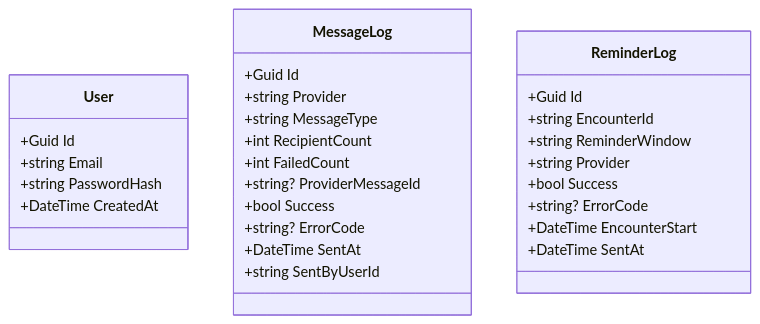
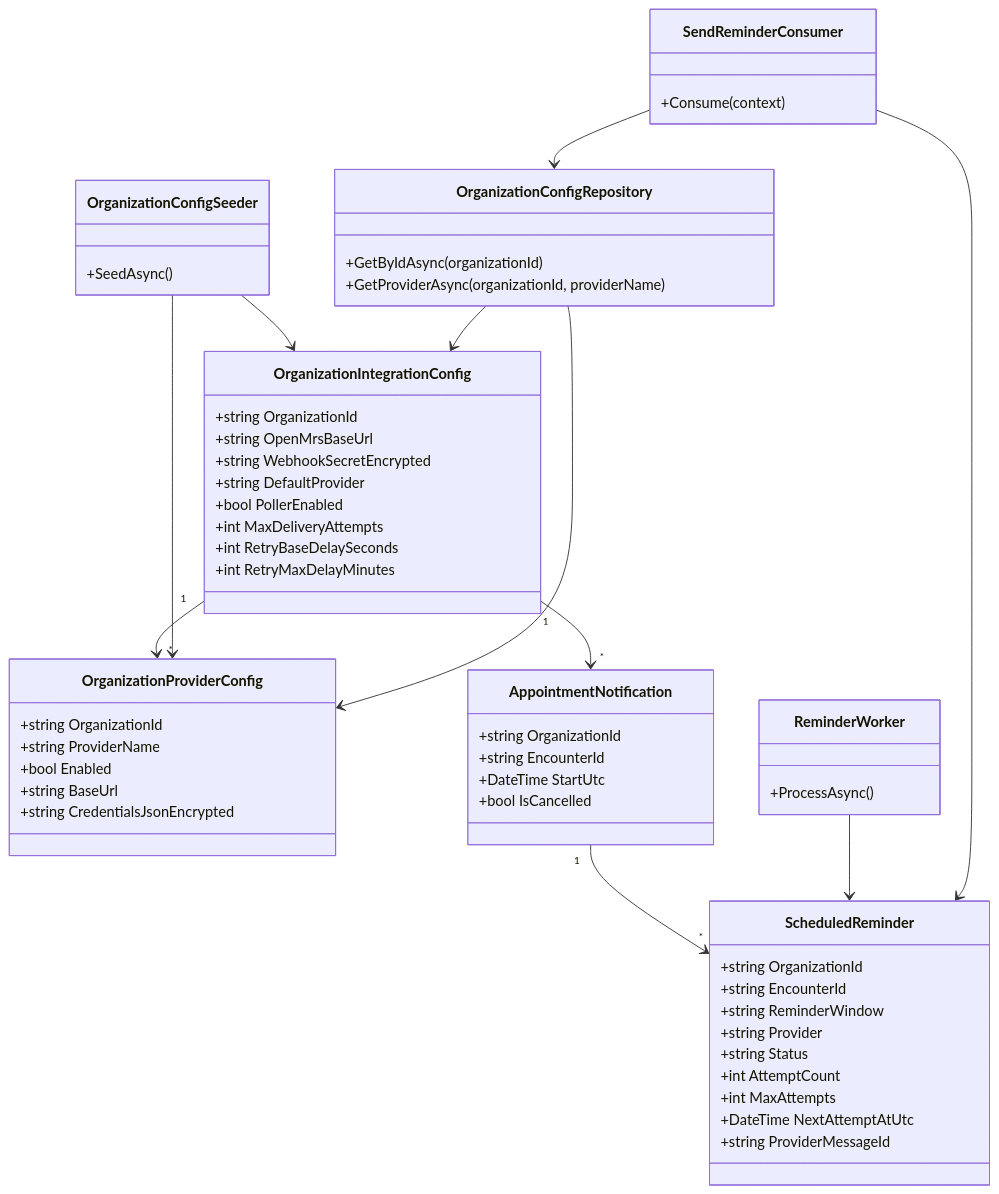
The diagram in docs/c4/05-class-diagram.md (Rishyansyal/OpenMRSmoduleBackend), drawn with Mermaid before and after one commit. The commit also changed other lines of this file and 160 other files, not shown here.

````diff
--- a/docs/c4/05-class-diagram.md
+++ b/docs/c4/05-class-diagram.md
@@ -5,33 +5,68 @@
 ```mermaid
 classDiagram
-    class User {
-        +Guid Id
-        +string Email
-        +string PasswordHash
-        +DateTime CreatedAt
+    class OrganizationIntegrationConfig {
+        +string OrganizationId
+        +string OpenMrsBaseUrl
+        +string WebhookSecretEncrypted
+        +string DefaultProvider
+        +bool PollerEnabled
+        +int MaxDeliveryAttempts
+        +int RetryBaseDelaySeconds
+        +int RetryMaxDelayMinutes
     }
 
-    class MessageLog {
-        +Guid Id
-        +string Provider
-        +string MessageType
-        +int RecipientCount
-        +int FailedCount
-        +string? ProviderMessageId
-        +bool Success
-        +string? ErrorCode
-        +DateTime SentAt
-        +string SentByUserId
+    class OrganizationProviderConfig {
+        +string OrganizationId
+        +string ProviderName
+        +bool Enabled
+        +string BaseUrl
+        +string CredentialsJsonEncrypted
     }
 
-    class ReminderLog {
-        +Guid Id
+    class AppointmentNotification {
+        +string OrganizationId
+        +string EncounterId
+        +DateTime StartUtc
+        +bool IsCancelled
+    }
+
+    class ScheduledReminder {
+        +string OrganizationId
         +string EncounterId
         +string ReminderWindow
         +string Provider
-        +bool Success
-        +string? ErrorCode
-        +DateTime EncounterStart
-        +DateTime SentAt
+        +string Status
+        +int AttemptCount
+        +int MaxAttempts
+        +DateTime NextAttemptAtUtc
+        +string ProviderMessageId
     }
+
+    class OrganizationConfigSeeder {
+        +SeedAsync()
+    }
+
+    class OrganizationConfigRepository {
+        +GetByIdAsync(organizationId)
+        +GetProviderAsync(organizationId, providerName)
+    }
+
+    class ReminderWorker {
+        +ProcessAsync()
+    }
+
+    class SendReminderConsumer {
+        +Consume(context)
+    }
+
+    OrganizationIntegrationConfig "1" --> "*" OrganizationProviderConfig
+    OrganizationIntegrationConfig "1" --> "*" AppointmentNotification
+    AppointmentNotification "1" --> "*" ScheduledReminder
+    OrganizationConfigSeeder --> OrganizationIntegrationConfig
+    OrganizationConfigSeeder --> OrganizationProviderConfig
+    OrganizationConfigRepository --> OrganizationIntegrationConfig
+    OrganizationConfigRepository --> OrganizationProviderConfig
+    ReminderWorker --> ScheduledReminder
+    SendReminderConsumer --> ScheduledReminder
+    SendReminderConsumer --> OrganizationConfigRepository
 ```
````
